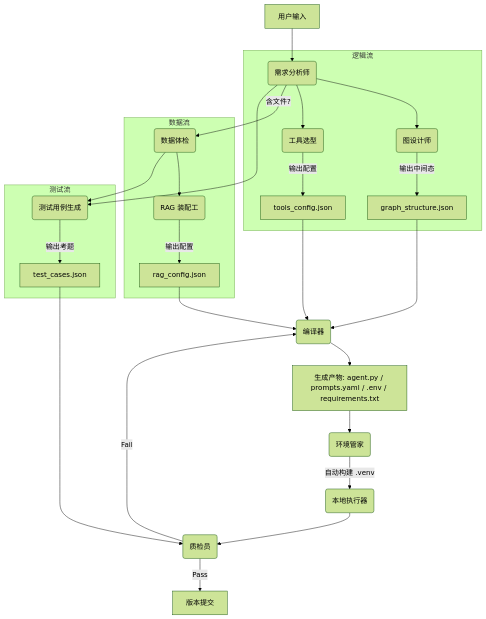
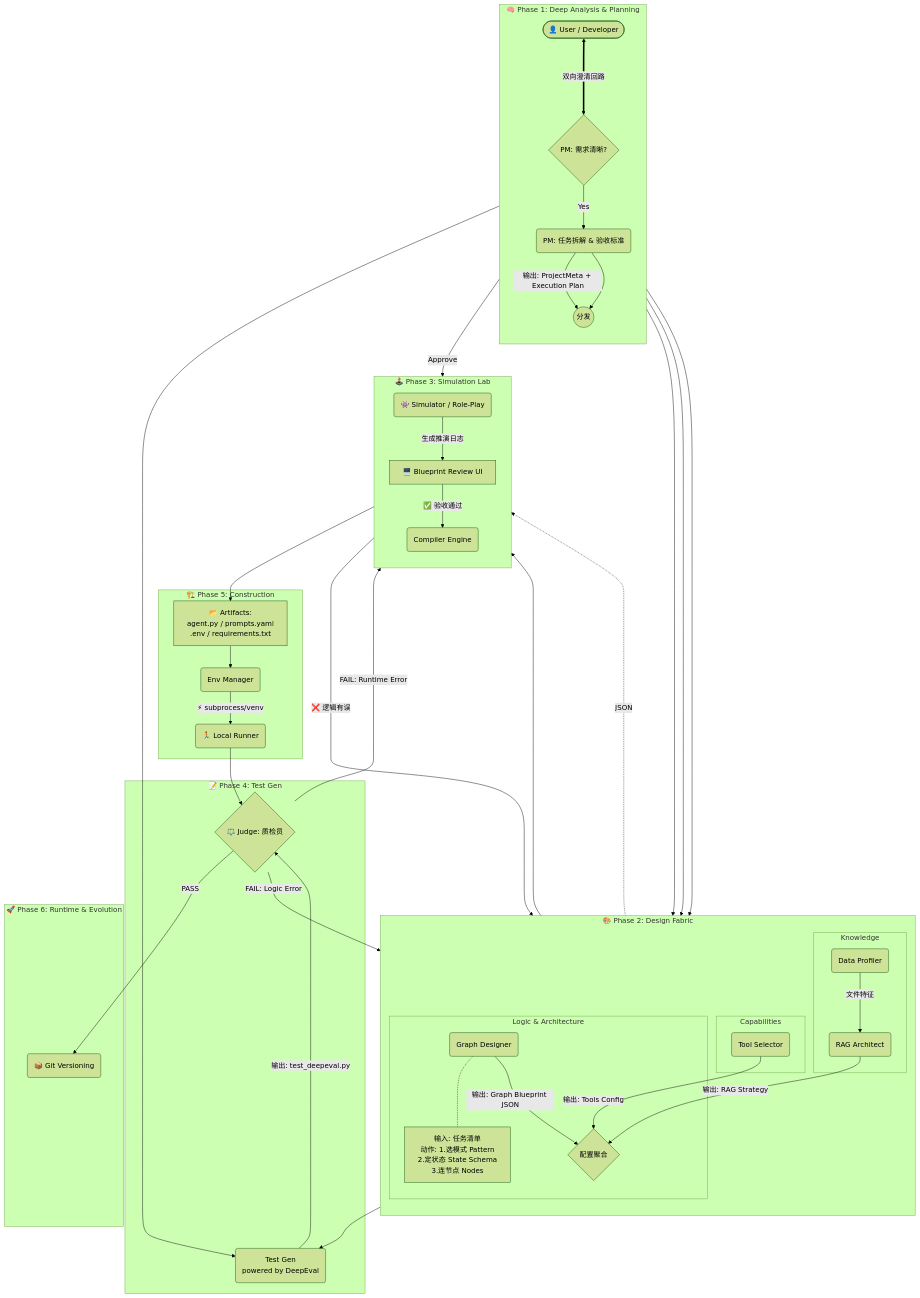
Before and after one commit to Olding1/Agent_Zero: the diagram in Agent Zero项目计划书.md, drawn with Mermaid (forest theme). The commit also changed other lines of this file and 165 other files, not shown here.

````diff
--- a/Agent Zero项目计划书.md
+++ b/Agent Zero项目计划书.md
@@ -24,34 +25,99 @@
 ```mermaid
 graph TD
-    User[用户输入] --> PM(需求分析师)
+    %% ================= 用户入口 =================
+    User([👤 User / Developer]) 
     
-    subgraph Stream_Logic [逻辑流]
-        PM --> Graph_Designer(图设计师)
-        Graph_Designer -- 输出中间态 --> Graph_JSON[graph_structure.json]
-        PM --> Tool_Selector(工具选型)
-        Tool_Selector -- 输出配置 --> Tools_Config[tools_config.json]
+    %% ================= 阶段一：交互式分析 =================
+    subgraph Phase_Analysis [🧠 Phase 1: Deep Analysis & Planning]
+        direction TB
+        PM_Clarifier{PM: 需求清晰?}
+        PM_Planner(PM: 任务拆解 & 验收标准)
+        
+        User <===>|双向澄清回路| PM_Clarifier
+        PM_Clarifier -- Yes --> PM_Planner
+        PM_Planner -- 输出: ProjectMeta + Execution Plan --> Stream_Distribution
     end
-    
-    subgraph Stream_Data [数据流]
-        PM -- 含文件? --> Profiler(数据体检)
-        Profiler --> RAG_Builder(RAG 装配工)
-        RAG_Builder -- 输出配置 --> RAG_Config[rag_config.json]
+
+    %% ================= 阶段二：并行设计流 =================
+    subgraph Phase_Design [🎨 Phase 2: Design Fabric]
+        direction TB
+        Stream_Distribution((分发))
+        
+        %% 逻辑流 (核心升级)
+        subgraph Logic_Stream [Logic & Architecture]
+            Graph_Designer(Graph Designer)
+            Note_Design[输入: 任务清单<br/>动作: 1.选模式 Pattern<br/>2.定状态 State Schema<br/>3.连节点 Nodes]
+            Graph_Designer -.- Note_Design
+            Graph_Designer -- 输出: Graph Blueprint JSON --> Merger
+        end
+        
+        %% 工具流
+        subgraph Tool_Stream [Capabilities]
+            Tool_Selector(Tool Selector)
+            Tool_Selector -- 输出: Tools Config --> Merger
+        end
+        
+        %% 数据流
+        subgraph Data_Stream [Knowledge]
+            Profiler(Data Profiler)
+            RAG_Builder(RAG Architect)
+            Profiler -- 文件特征 --> RAG_Builder
+            RAG_Builder -- 输出: RAG Strategy --> Merger
+        end
+        
+        PM_Planner --> Stream_Distribution
+        Stream_Distribution --> Graph_Designer
+        Stream_Distribution --> Tool_Selector
+        Stream_Distribution --> Profiler
     end
-    
-    subgraph Stream_Test [测试流]
-        PM & Profiler --> Test_Gen(测试用例生成)
-        Test_Gen -- 输出考题 --> Test_Cases[test_cases.json]
+
+    %% ================= 阶段三：沙盘推演 =================
+    subgraph Phase_Simulation [🕹️ Phase 3: Simulation Lab]
+        direction TB
+        Merger{配置聚合}
+        Simulator(👾 Simulator / Role-Play)
+        Blueprint_UI[🖥️ Blueprint Review UI]
+        
+        Merger --> Simulator
+        Simulator -- 生成推演日志 --> Blueprint_UI
+        
+        Graph_Designer -.->|JSON| Blueprint_UI
+        
+        Blueprint_UI -- ❌ 逻辑有误 --> Graph_Designer
+        Blueprint_UI -- ✅ 验收通过 --> Compiler
     end
-    
-    Graph_JSON & RAG_Config & Tools_Config --> Compiler(编译器)
-    
-    Compiler --> Artifacts[生成产物: agent.py / prompts.yaml / .env / requirements.txt]
-    
-    Artifacts --> Env_Manager(环境管家)
-    Env_Manager -- 自动构建 .venv --> Runner(本地执行器)
-    
-    Runner & Test_Cases --> Judge(质检员)
-    
-    Judge -- Pass --> Git_Commit[版本提交]
-    Judge -- Fail --> Compiler
+
+    %% ================= 阶段四：测试构建 =================
+    subgraph Phase_Test_Prep [📝 Phase 4: Test Gen]
+        Test_Gen(Test Gen <br/> powered by DeepEval)
+        PM_Planner & Profiler --> Test_Gen
+        Test_Gen -- 输出: test_deepeval.py --> Judge
+    end
+
+    %% ================= 阶段五：编译与环境 =================
+    subgraph Phase_Build [🏗️ Phase 5: Construction]
+        Compiler(Compiler Engine)
+        Artifacts[📂 Artifacts: <br/>agent.py / prompts.yaml<br/>.env / requirements.txt]
+        Env_Manager(Env Manager)
+        
+        Compiler --> Artifacts
+        Artifacts --> Env_Manager
+        Env_Manager -- ⚡ subprocess/venv --> Runner
+    end
+
+    %% ================= 阶段六：运行时闭环 =================
+    subgraph Phase_Runtime [🚀 Phase 6: Runtime & Evolution]
+        Runner(🏃 Local Runner)
+        Judge{⚖️ Judge: 质检员}
+        Git_Commit(📦 Git Versioning)
+        
+        Runner --> Judge
+        
+        Judge -- PASS --> Git_Commit
+        Judge -- FAIL: Runtime Error --> Compiler
+        Judge -- FAIL: Logic Error --> Graph_Designer
+    end
+
+    %% 连接补充
+    User -- "Approve" --> Compiler
 ```
````
